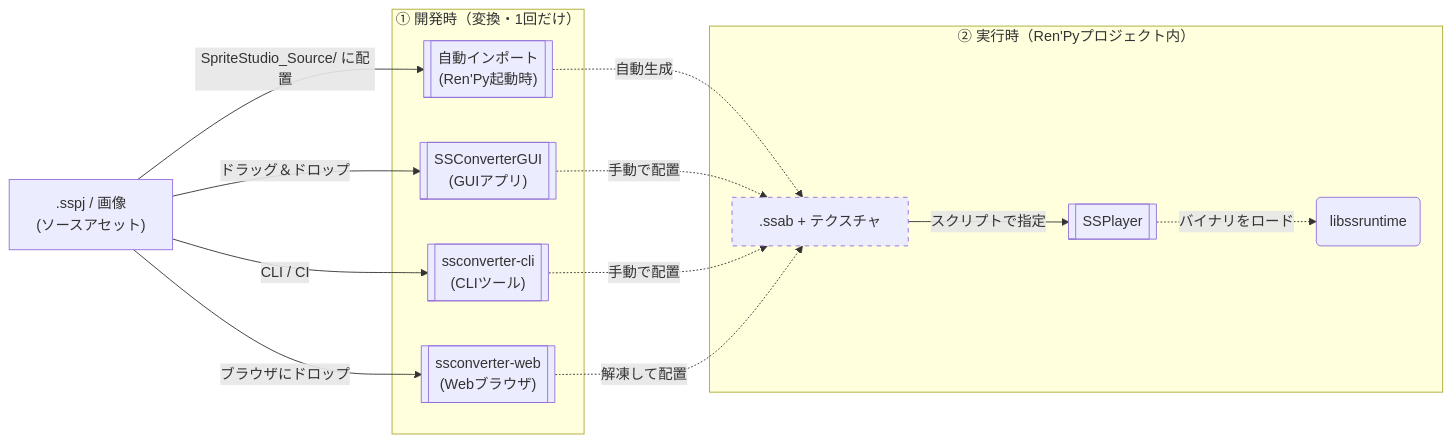
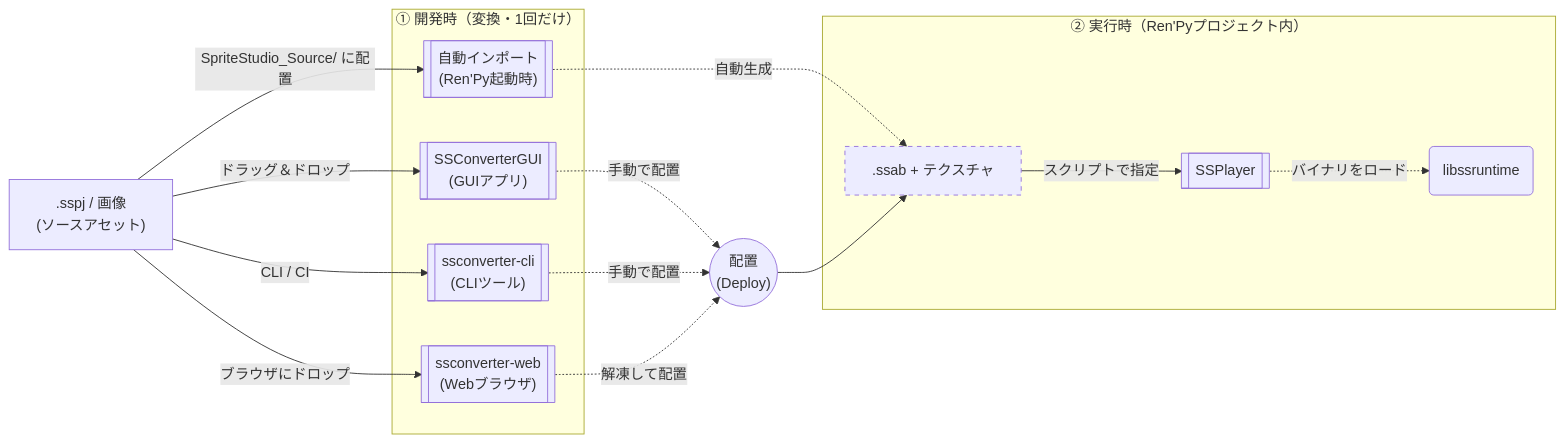
One commit to cri-middleware/SSPlayerForRenPy changed the diagram in docs/ja/import.md. Above: the diagram before and after it, drawn with Mermaid. The commit also changed 1 other file, not shown here.

Commit message:
docs: correct auto-importer diagram flow to point directly to ssab

````diff
--- a/docs/ja/import.md
+++ b/docs/ja/import.md
@@ -7,32 +7,36 @@
 ```mermaid
 graph LR
     SS[" .sspj / 画像<br>(ソースアセット) "]
 
     subgraph Convert ["① 開発時（変換・1回だけ）"]
         AUTO[[" 自動インポート<br>(Ren'Py起動時) "]]
         GUI[[" SSConverterGUI<br>(GUIアプリ) "]]
         CLI[[" ssconverter-cli<br>(CLIツール) "]]
         WEB[[" ssconverter-web<br>(Webブラウザ) "]]
     end
 
+    DEPLOY(("配置<br>(Deploy)"))
+
     subgraph RenPy ["② 実行時（Ren'Pyプロジェクト内）"]
         BIN[" .ssab + テクスチャ "]
         NODE[[ SSPlayer ]]
         RT(" libssruntime ")
     end
 
     SS -- "SpriteStudio_Source/ に配置" --> AUTO
     SS -- "ドラッグ＆ドロップ" --> GUI
     SS -- "CLI / CI" --> CLI
     SS -- "ブラウザにドロップ" --> WEB
+    
     AUTO -. "自動生成" .-> BIN
-    GUI -. "手動で配置" .-> BIN
-    CLI -. "手動で配置" .-> BIN
-    WEB -. "解凍して配置" .-> BIN
+    GUI -. "手動で配置" .-> DEPLOY
+    CLI -. "手動で配置" .-> DEPLOY
+    WEB -. "解凍して配置" .-> DEPLOY
     
+    DEPLOY --> BIN
     BIN -- "スクリプトで指定" --> NODE
     NODE -. "バイナリをロード" .-> RT
 
     classDef generated stroke-dasharray: 5 5;
     class BIN generated;
 ```
````
